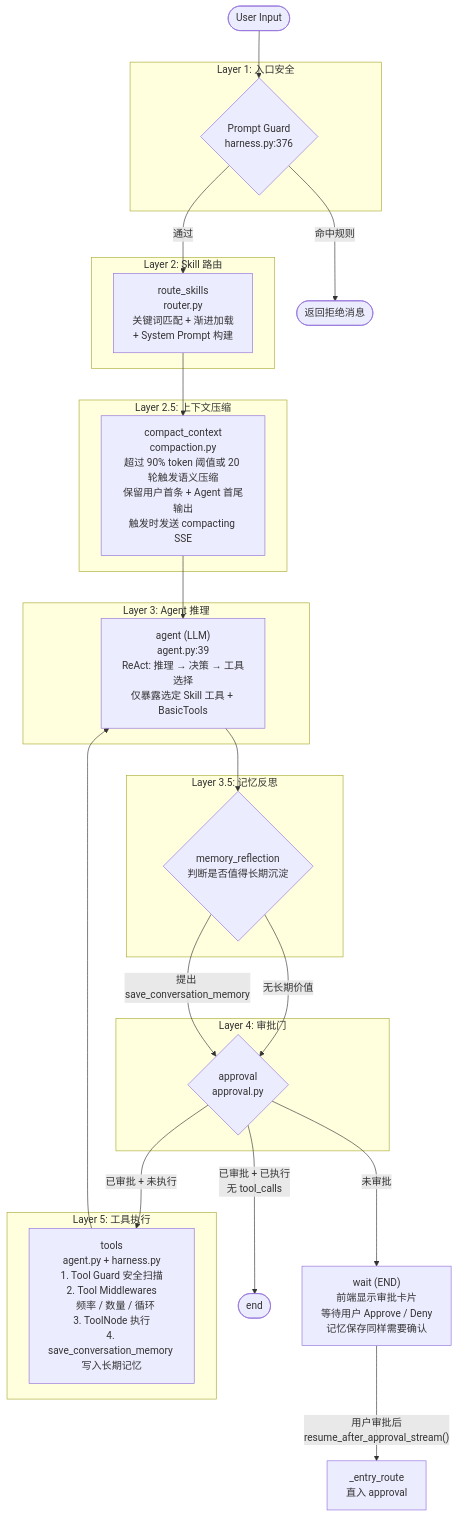
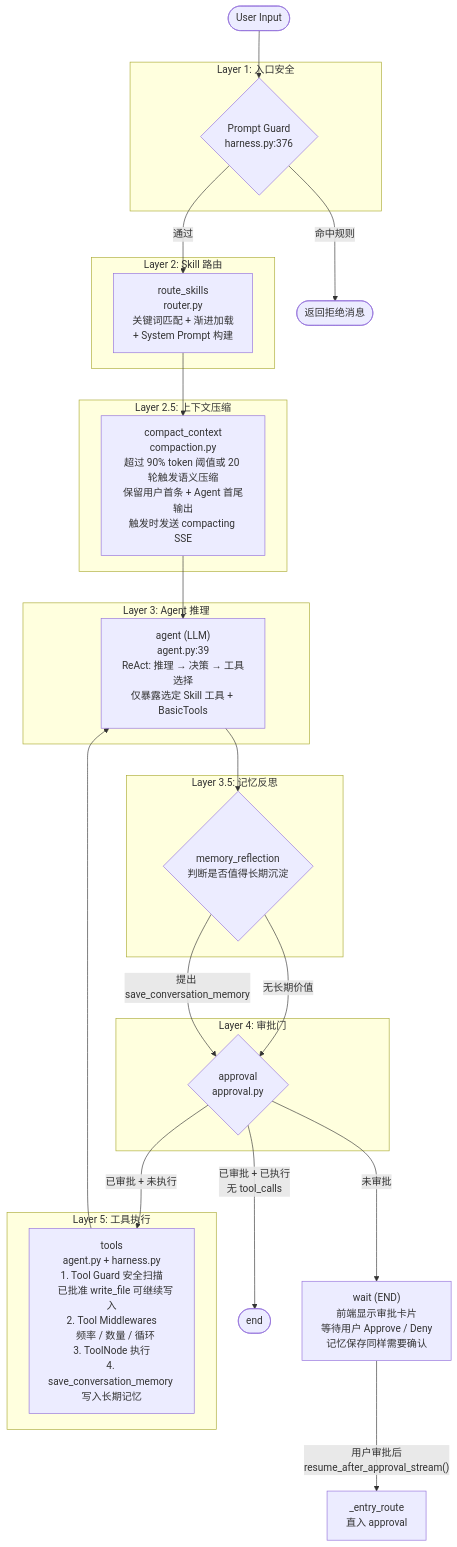
Before and after one commit to YachuanWzh/huamulan-agent: the sixth of 10 diagrams in 技术方案报告.md, drawn with Mermaid. The commit also changed other lines of this file and 15 other files, not shown here.

````diff
--- a/技术方案报告.md
+++ b/技术方案报告.md
@@ -416,53 +417,53 @@
 ```mermaid
 flowchart TD
     UI([User Input]) --> PG
 
     subgraph L1["Layer 1: 入口安全"]
         PG{"Prompt Guard<br/>harness.py:376"}
     end
 
     PG -->|"命中规则"| REJECT([返回拒绝消息])
     PG -->|"通过"| RS
 
     subgraph L2["Layer 2: Skill 路由"]
         RS["route_skills<br/>router.py<br/>关键词匹配 + 渐进加载<br/>+ System Prompt 构建"]
     end
 
     RS --> CC
 
     subgraph L25["Layer 2.5: 上下文压缩"]
         CC["compact_context<br/>compaction.py<br/>超过 90% token 阈值或 20 轮触发语义压缩<br/>保留用户首条 + Agent 首尾输出<br/>触发时发送 compacting SSE"]
     end
 
     CC --> AG
 
     subgraph L3["Layer 3: Agent 推理"]
         AG["agent (LLM)<br/>agent.py:39<br/>ReAct: 推理 → 决策 → 工具选择<br/>仅暴露选定 Skill 工具 + BasicTools"]
     end
 
     AG --> MR
 
     subgraph L35["Layer 3.5: 记忆反思"]
         MR{"memory_reflection<br/>判断是否值得长期沉淀"}
     end
 
     MR -->|"无长期价值"| AP
     MR -->|"提出 save_conversation_memory"| AP
 
     subgraph L4["Layer 4: 审批门"]
         AP{"approval<br/>approval.py"}
     end
 
     AP -->|"未审批"| WAIT
     AP -->|"已审批 + 未执行"| TL
     AP -->|"已审批 + 已执行<br/>无 tool_calls"| ENDP([end])
 
     WAIT["wait (END)<br/>前端显示审批卡片<br/>等待用户 Approve / Deny<br/>记忆保存同样需要确认"]
     WAIT -->|"用户审批后<br/>resume_after_approval_stream()"| RS2["_entry_route<br/>直入 approval"]
 
     subgraph L5["Layer 5: 工具执行"]
-        TL["tools<br/>agent.py + harness.py<br/>1. Tool Guard 安全扫描<br/>2. Tool Middlewares<br/>   频率 / 数量 / 循环<br/>3. ToolNode 执行<br/>4. save_conversation_memory 写入长期记忆"]
+        TL["tools<br/>agent.py + harness.py<br/>1. Tool Guard 安全扫描<br/>   已批准 write_file 可继续写入<br/>2. Tool Middlewares<br/>   频率 / 数量 / 循环<br/>3. ToolNode 执行<br/>4. save_conversation_memory 写入长期记忆"]
     end
 
     TL --> AG
 ```
````
